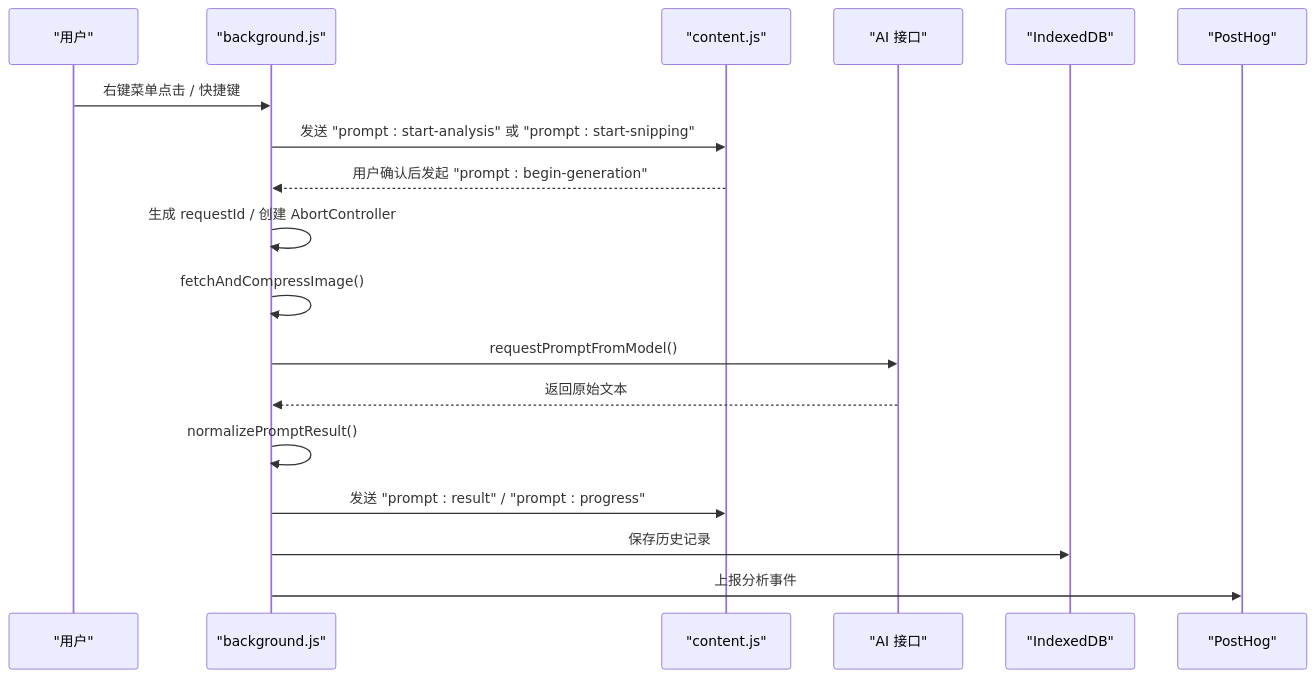
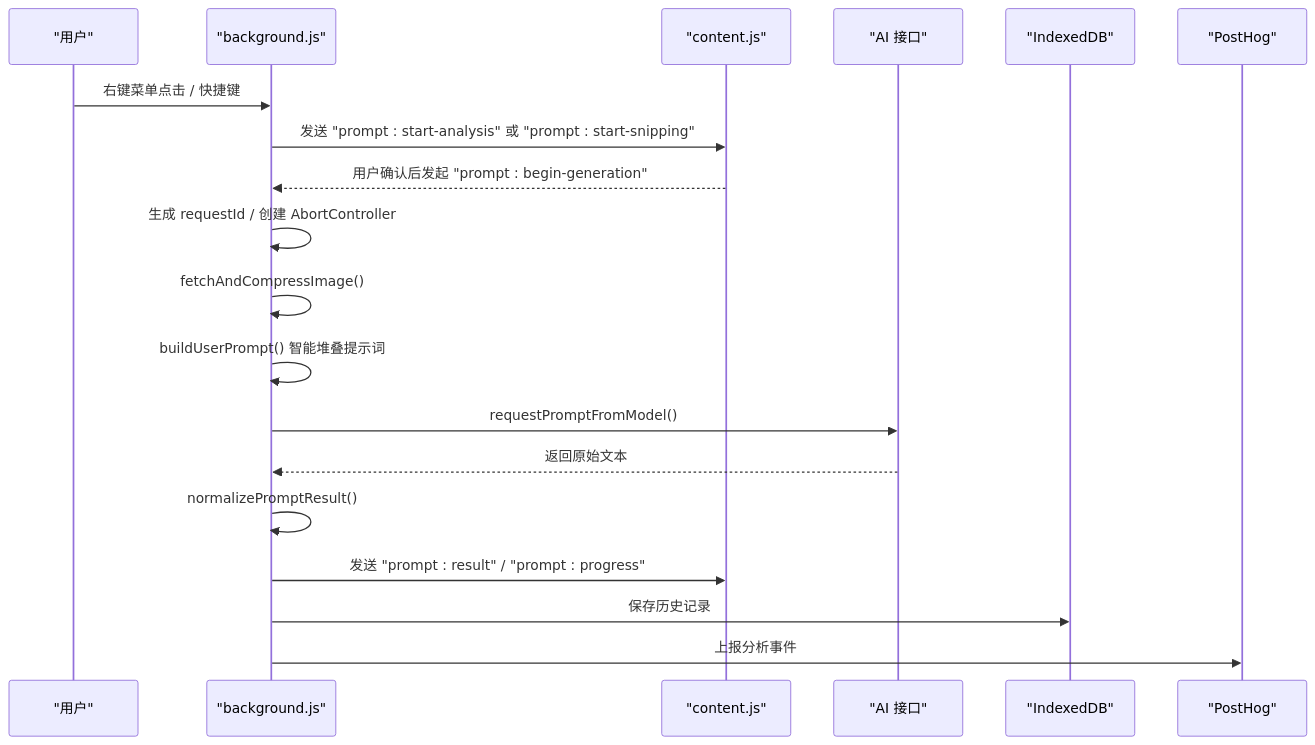
One commit to binasi/Img2Prompt changed the second of 6 diagrams in .qoder/repowiki/zh/content/技术架构/核心模块分析/后台服务模块 (background.js).md. Above: the diagram before and after it, drawn with Mermaid. The commit also changed other lines of this file and 7 other files, not shown here.

````diff
--- a/.qoder/repowiki/zh/content/技术架构/核心模块分析/后台服务模块 (background.js).md
+++ b/.qoder/repowiki/zh/content/技术架构/核心模块分析/后台服务模块 (background.js).md
@@ -136,20 +144,21 @@
 ```mermaid
 sequenceDiagram
 participant User as "用户"
 participant BG as "background.js"
 participant CS as "content.js"
 participant AI as "AI 接口"
 participant IDB as "IndexedDB"
 participant PH as "PostHog"
 User->>BG : 右键菜单点击 / 快捷键
 BG->>CS : 发送 "prompt : start-analysis" 或 "prompt : start-snipping"
 CS-->>BG : 用户确认后发起 "prompt : begin-generation"
 BG->>BG : 生成 requestId / 创建 AbortController
 BG->>BG : fetchAndCompressImage()
+BG->>BG : buildUserPrompt() 智能堆叠提示词
 BG->>AI : requestPromptFromModel()
 AI-->>BG : 返回原始文本
 BG->>BG : normalizePromptResult()
 BG->>CS : 发送 "prompt : result" / "prompt : progress"
 BG->>IDB : 保存历史记录
 BG->>PH : 上报分析事件
 ```
````
